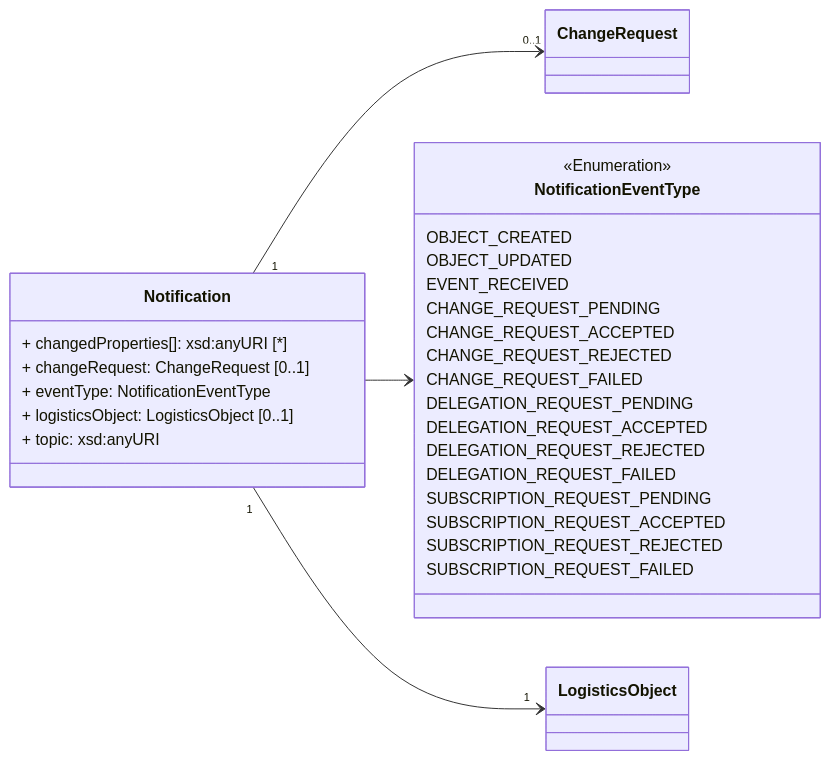
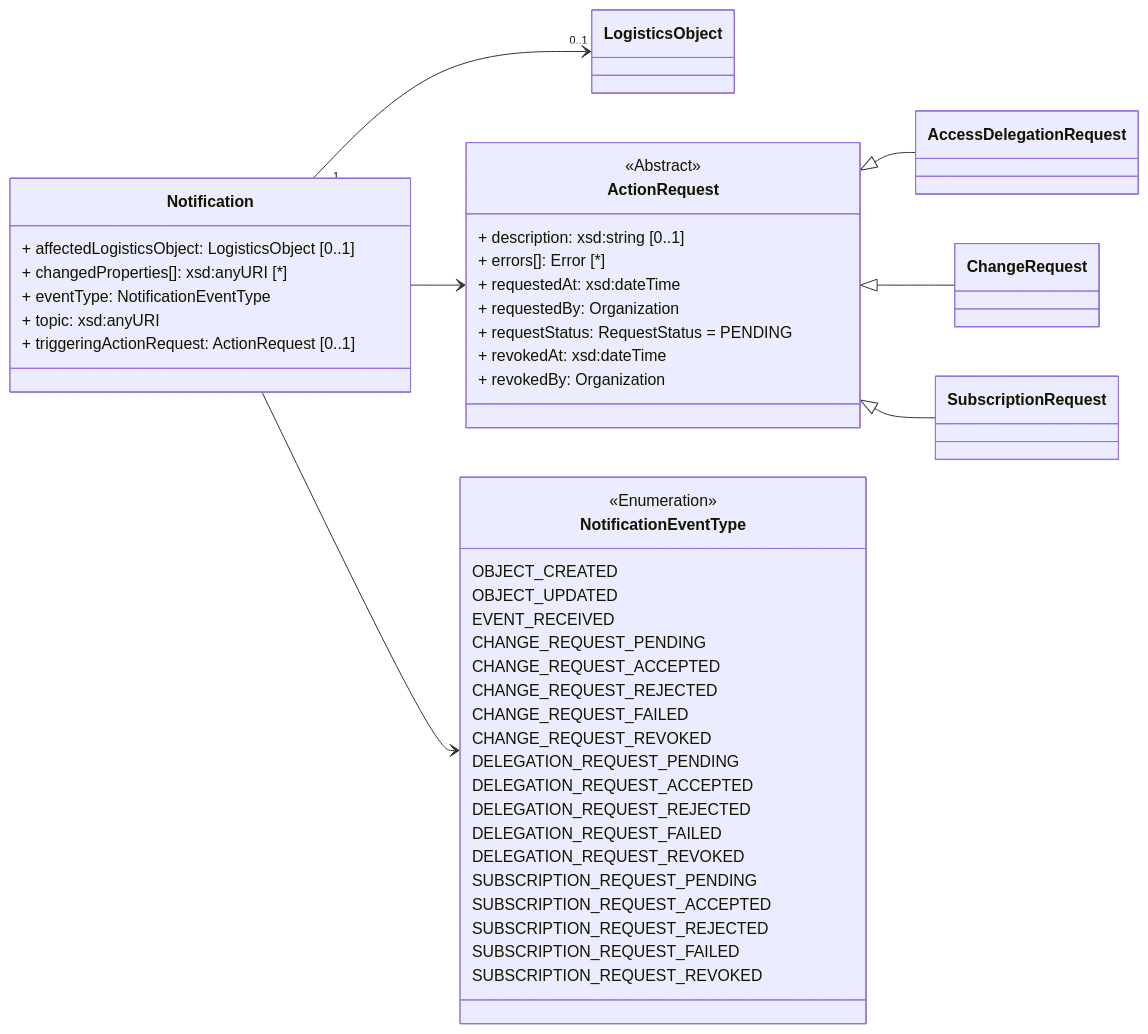
The diagram in working_draft/API/docs/notifications.md (IATA-Cargo/ONE-Record), drawn with Mermaid before and after one commit. The commit also changed 2 other files, not shown here.

Commit message:
fixed class diagrams

````diff
--- a/working_draft/API/docs/notifications.md
+++ b/working_draft/API/docs/notifications.md
@@ -12,42 +12,60 @@
 ```mermaid
-  classDiagram
+    classDiagram
 
-  direction LR   
+    direction LR   
 
-  class LogisticsObject{                
-  }
+    class LogisticsObject{                
+    }
 
-  class Notification{
+    class ActionRequest {
+        <<Abstract>> 
+        + description: xsd:string [0..1]
+        + errors[]: Error [*]
+        + requestedAt: xsd:dateTime         
+        + requestedBy: Organization    
+        + requestStatus: RequestStatus = PENDING
+        + revokedAt: xsd:dateTime         
+        + revokedBy: Organization 
+    }
+    ActionRequest <|-- AccessDelegationRequest
+    ActionRequest <|-- ChangeRequest
+    ActionRequest <|-- SubscriptionRequest
+
+    class Notification{
+        + affectedLogisticsObject: LogisticsObject [0..1]        
         + changedProperties[]: xsd:anyURI [*]
-        + changeRequest: ChangeRequest [0..1]
         + eventType: NotificationEventType
-        + logisticsObject: LogisticsObject [0..1]        
         + topic: xsd:anyURI
+        + triggeringActionRequest: ActionRequest [0..1]  
     }
-    Notification "1" --> "0..1" ChangeRequest    
+    Notification "1"--> "0..1" LogisticsObject
     Notification --> NotificationEventType
-    Notification "1"--> "1" LogisticsObject
+    Notification --> ActionRequest    
 
     class NotificationEventType{
         <<Enumeration>>
         OBJECT_CREATED
         OBJECT_UPDATED
 
         EVENT_RECEIVED
 
         CHANGE_REQUEST_PENDING
         CHANGE_REQUEST_ACCEPTED                
         CHANGE_REQUEST_REJECTED
-        CHANGE_REQUEST_FAILED
+        CHANGE_REQUEST_FAILED        
+        CHANGE_REQUEST_REVOKED
+        
 
         DELEGATION_REQUEST_PENDING
         DELEGATION_REQUEST_ACCEPTED                
         DELEGATION_REQUEST_REJECTED
         DELEGATION_REQUEST_FAILED
+        DELEGATION_REQUEST_REVOKED
 
         SUBSCRIPTION_REQUEST_PENDING
         SUBSCRIPTION_REQUEST_ACCEPTED                
         SUBSCRIPTION_REQUEST_REJECTED
         SUBSCRIPTION_REQUEST_FAILED
+        SUBSCRIPTION_REQUEST_REVOKED
     }
 ```
````
